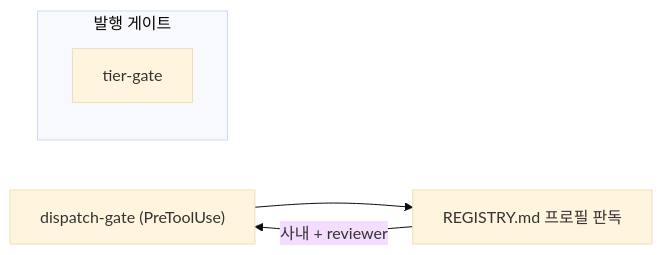
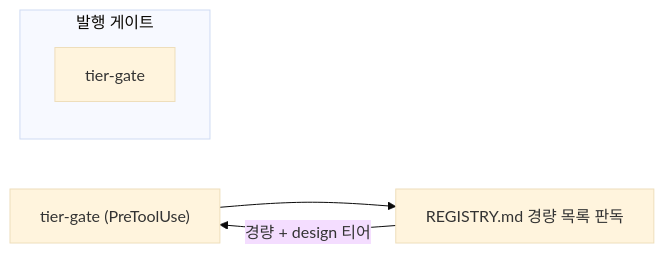
One commit to nohdol97/nohdol-harness changed the diagram in .agents/skills/diagram/SKILL.md. Above: the diagram before and after it, drawn with Mermaid (base theme). The commit also changed 34 other files, not shown here.

````diff
--- a/.agents/skills/diagram/SKILL.md
+++ b/.agents/skills/diagram/SKILL.md
@@ -57,8 +57,8 @@
 ```mermaid
 flowchart LR
-  GATE["dispatch-gate (PreToolUse)"] --> READ["REGISTRY.md 프로필 판독"]
+  GATE["tier-gate (PreToolUse)"] --> READ["REGISTRY.md 경량 목록 판독"]
   subgraph HOOKS["발행 게이트"]
     TIER["tier-gate"]
   end
-  READ -->|"사내 + reviewer"| GATE
+  READ -->|"경량 + design 티어"| GATE
 ```
````
